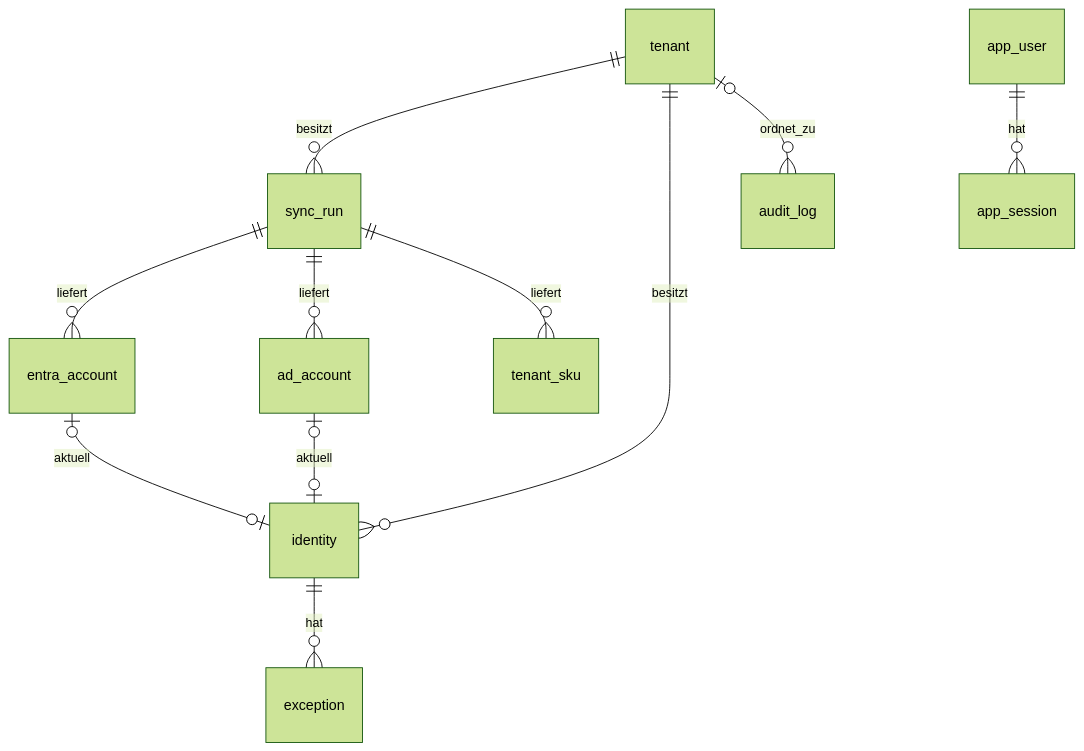
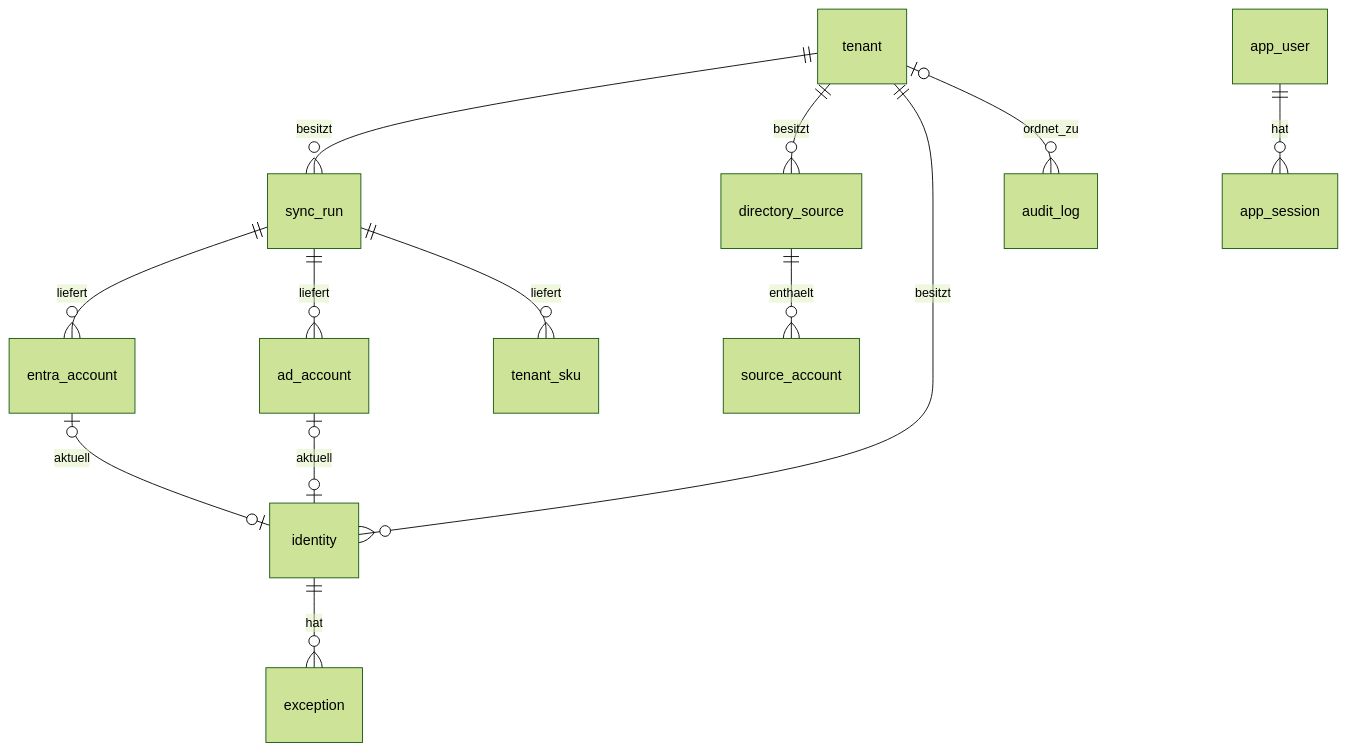
One commit to niklasohl98/security-portal changed the diagram in docs/data-model.md. Above: the diagram before and after it, drawn with Mermaid (forest theme). The commit also changed other lines of this file and 16 other files, not shown here.

````diff
--- a/docs/data-model.md
+++ b/docs/data-model.md
@@ -8,13 +8,15 @@
 ```mermaid
 erDiagram
     tenant ||--o{ sync_run : besitzt
+    tenant ||--o{ directory_source : besitzt
+    directory_source ||--o{ source_account : enthaelt
     sync_run ||--o{ entra_account : liefert
     sync_run ||--o{ ad_account : liefert
     sync_run ||--o{ tenant_sku : liefert
     tenant ||--o{ identity : besitzt
     entra_account o|--o| identity : aktuell
     ad_account o|--o| identity : aktuell
     identity ||--o{ exception : hat
     tenant o|--o{ audit_log : ordnet_zu
     app_user ||--o{ app_session : hat
 ```
````
